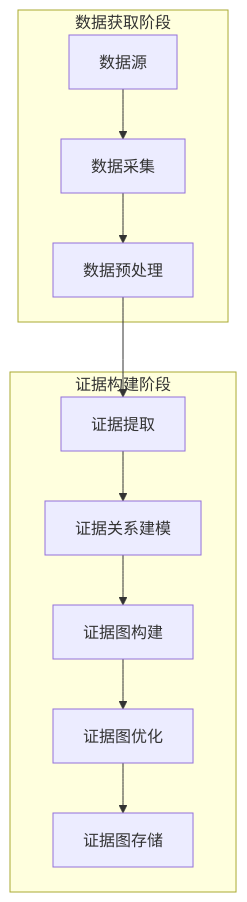
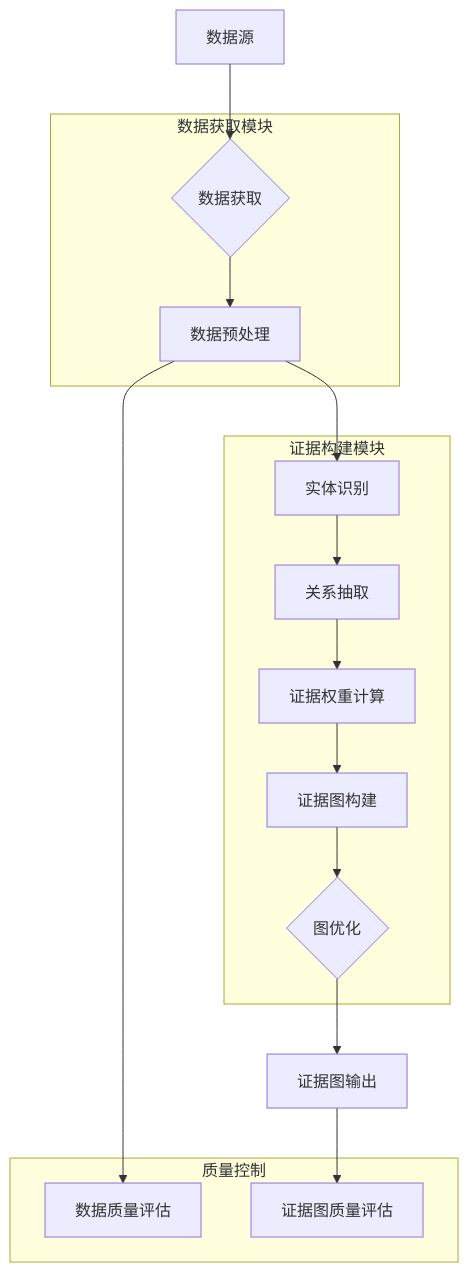
The diagram in output/progress/以证据图增强的rag系统_ada191f4/05_desc_A_数据获取与证据构建.md (valkryhx/patent_agents), drawn with Mermaid before and after one commit. The commit also changed other lines of this file and 8 other files, not shown here.

````diff
--- a/output/progress/以证据图增强的rag系统_ada191f4/05_desc_A_数据获取与证据构建.md
+++ b/output/progress/以证据图增强的rag系统_ada191f4/05_desc_A_数据获取与证据构建.md
@@ -65,24 +118,32 @@
 ```mermaid
 graph TD
-    A[数据源] --> B[数据采集]
+    A[数据源] --> B{数据获取}
     B --> C[数据预处理]
-    C --> D[证据提取]
-    D --> E[证据关系建模]
-    E --> F[证据图构建]
-    F --> G[证据图优化]
-    G --> H[证据图存储]
+    C --> D[实体识别]
+    D --> E[关系抽取]
+    E --> F[证据权重计算]
+    F --> G[证据图构建]
+    G --> H{图优化}
+    H --> I[证据图输出]
     
-    subgraph 数据获取阶段
-        A
+    subgraph 数据获取模块
         B
         C
     end
     
-    subgraph 证据构建阶段
+    subgraph 证据构建模块
         D
         E
         F
         G
         H
     end
+    
+    subgraph 质量控制
+        J[数据质量评估]
+        K[证据图质量评估]
+    end
+    
+    C --> J
+    I --> K
 ```
````
